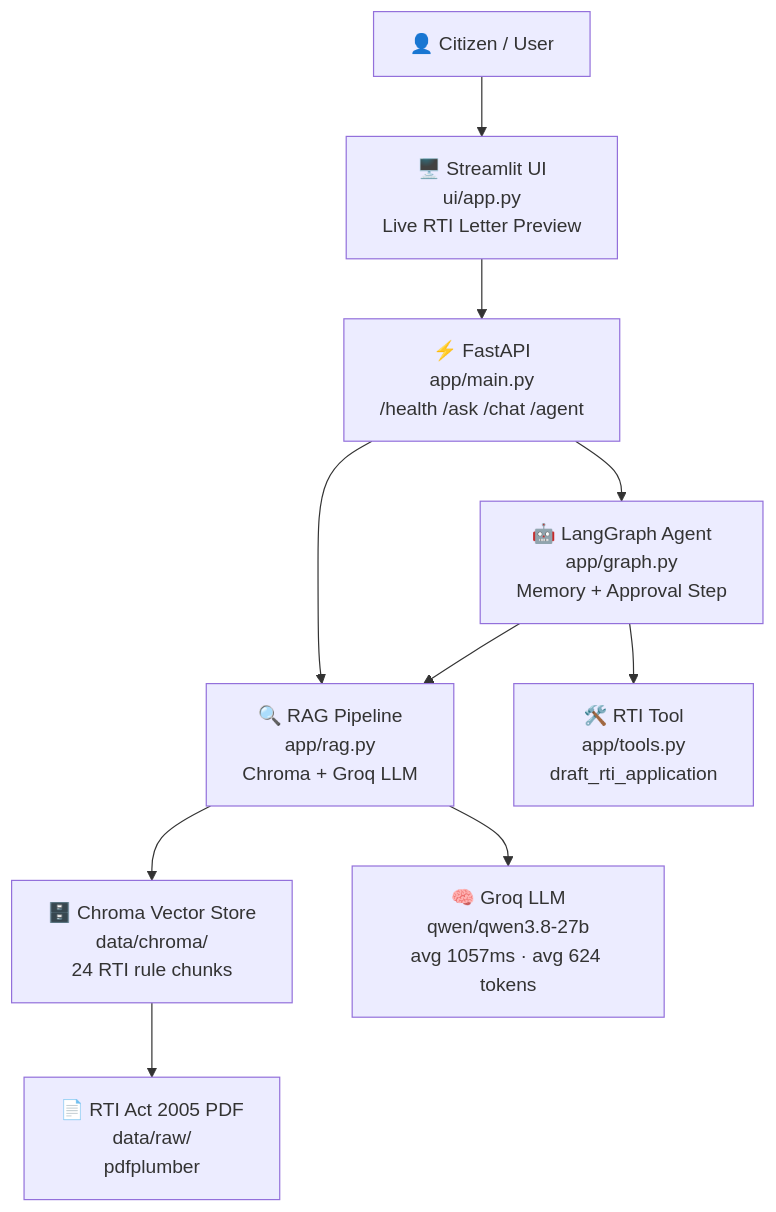
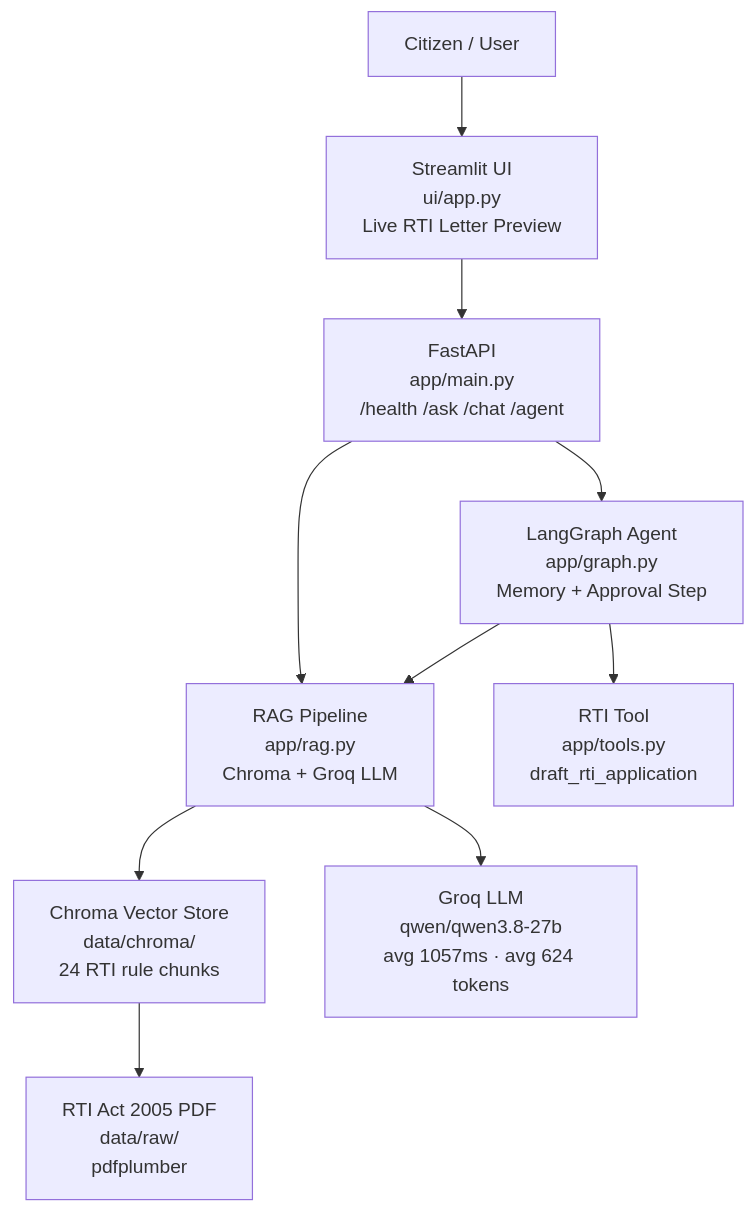
Before and after one commit to Omi7590/Agentic-AI-training: the diagram in README.md, drawn with Mermaid.

````diff
--- a/README.md
+++ b/README.md
@@ -183,22 +183,22 @@
 ```mermaid
 graph TD
-    User["👤 Citizen / User"]
-    UI["🖥️ Streamlit UI\nui/app.py\nLive RTI Letter Preview"]
-    API["⚡ FastAPI\napp/main.py\n/health /ask /chat /agent"]
-    RAG["🔍 RAG Pipeline\napp/rag.py\nChroma + Groq LLM"]
-    Agent["🤖 LangGraph Agent\napp/graph.py\nMemory + Approval Step"]
-    Tool["🛠️ RTI Tool\napp/tools.py\ndraft_rti_application"]
-    Chroma["🗄️ Chroma Vector Store\ndata/chroma/\n24 RTI rule chunks"]
-    LLM["🧠 Groq LLM\nqwen/qwen3.8-27b\navg 1057ms · avg 624 tokens"]
-    Docs["📄 RTI Act 2005 PDF\ndata/raw/\npdfplumber"]
+    User["Citizen / User"]
+    UI["Streamlit UI\nui/app.py\nLive RTI Letter Preview"]
+    API["FastAPI\napp/main.py\n/health /ask /chat /agent"]
+    RAG["RAG Pipeline\napp/rag.py\nChroma + Groq LLM"]
+    Agent["LangGraph Agent\napp/graph.py\nMemory + Approval Step"]
+    Tool["RTI Tool\napp/tools.py\ndraft_rti_application"]
+    Chroma["Chroma Vector Store\ndata/chroma/\n24 RTI rule chunks"]
+    LLM["Groq LLM\nqwen/qwen3.8-27b\navg 1057ms · avg 624 tokens"]
+    Docs["RTI Act 2005 PDF\ndata/raw/\npdfplumber"]
 
     User --> UI
     UI --> API
     API --> RAG
     API --> Agent
     Agent --> Tool
     Agent --> RAG
     RAG --> Chroma
     RAG --> LLM
     Chroma --> Docs
 ```
````
